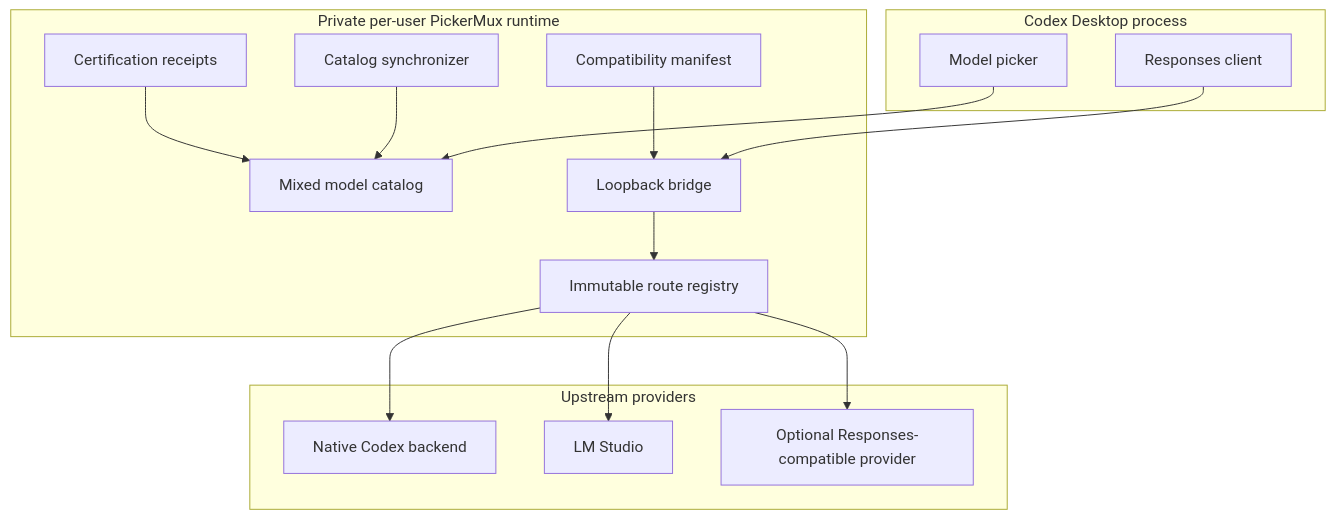
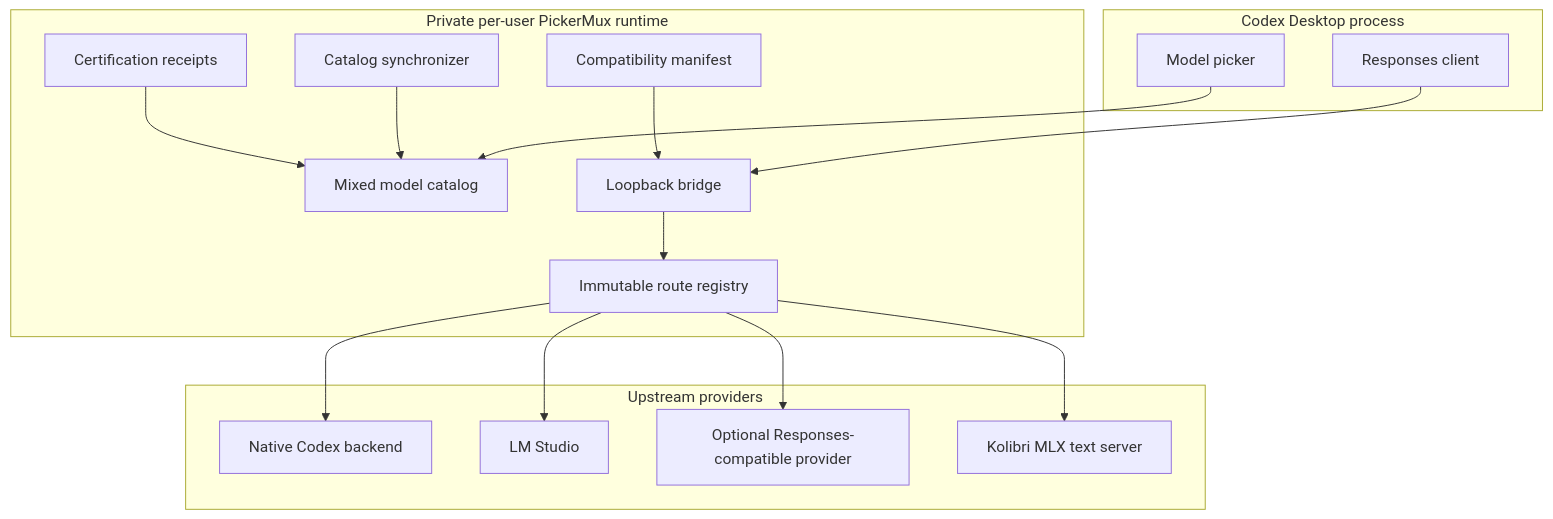
The first of 3 diagrams in docs/ARCHITECTURE.md (patrickschiller/pickermux), drawn with Mermaid before and after one commit. The commit also changed other lines of this file and 23 other files, not shown here.

Commit message:
Add text-only Kolibri MLX provider

````diff
--- a/docs/ARCHITECTURE.md
+++ b/docs/ARCHITECTURE.md
@@ -20,32 +20,34 @@
 ```mermaid
 flowchart TB
     subgraph Codex[Codex Desktop process]
         UI[Model picker]
         Client[Responses client]
     end
 
     subgraph Local[Private per-user PickerMux runtime]
         Catalog[Mixed model catalog]
         Bridge[Loopback bridge]
         Registry[Immutable route registry]
         Sync[Catalog synchronizer]
         Receipts[Certification receipts]
         Compat[Compatibility manifest]
     end
 
     subgraph Providers[Upstream providers]
         Native[Native Codex backend]
         LM[LM Studio]
         Other[Optional Responses-compatible provider]
+        Kolibri[Kolibri MLX text server]
     end
 
     UI --> Catalog
     Client --> Bridge
     Bridge --> Registry
     Registry --> Native
     Registry --> LM
     Registry --> Other
+    Registry --> Kolibri
     Sync --> Catalog
     Receipts --> Catalog
     Compat --> Bridge
 ```
````
